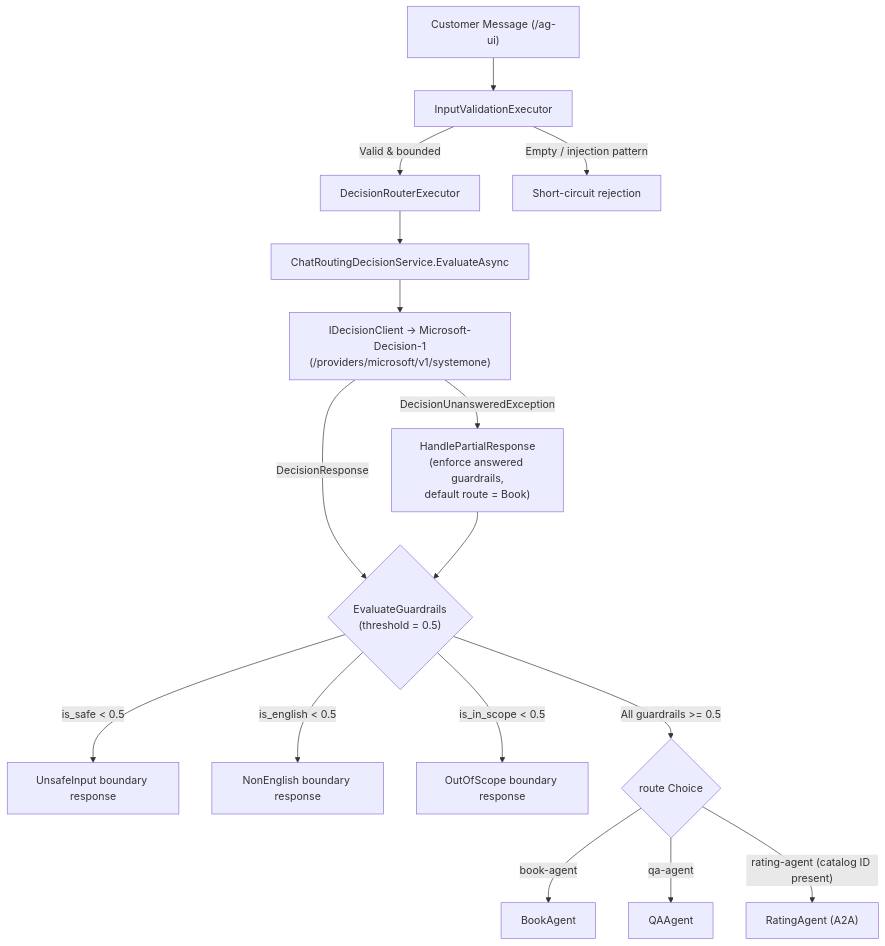
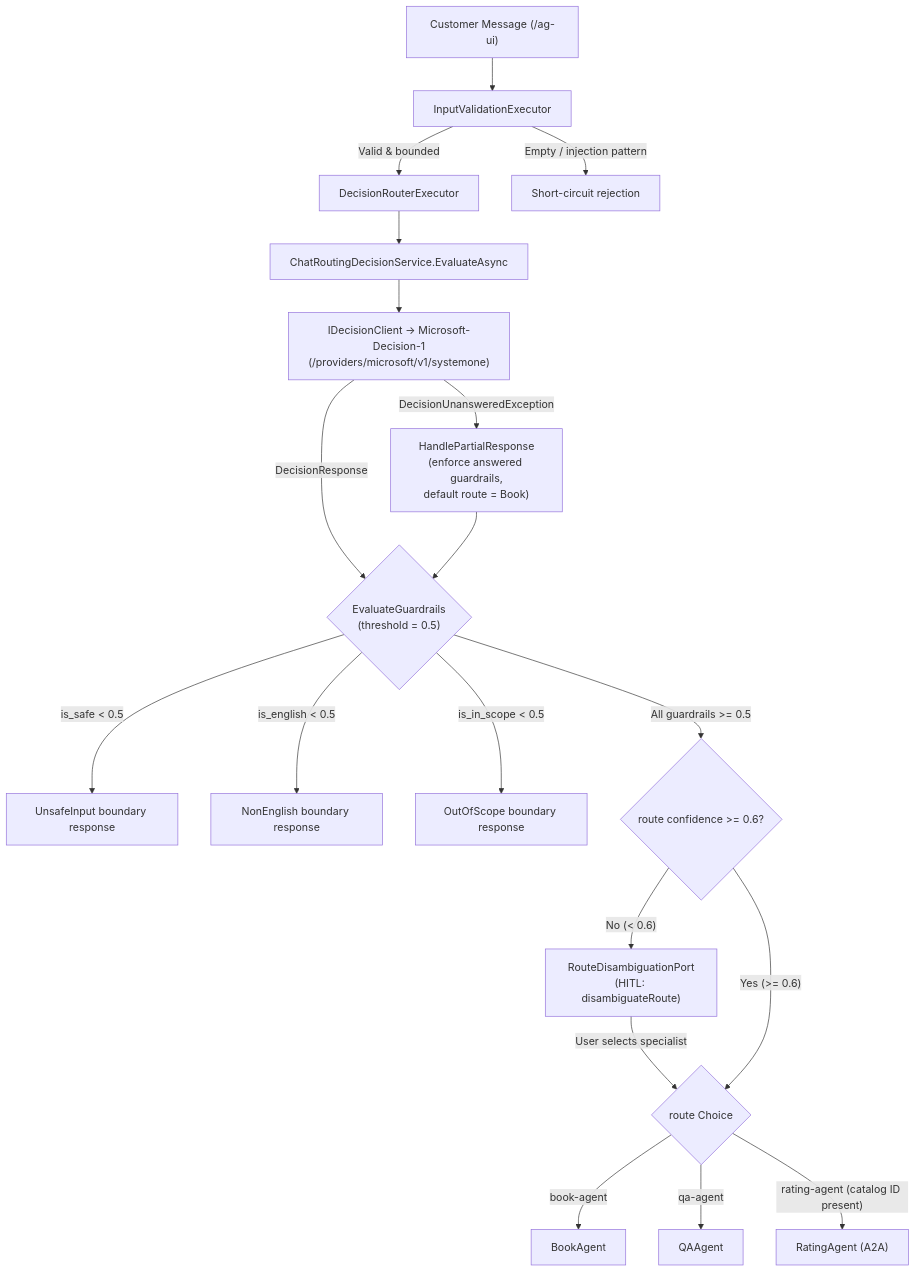
The diagram in docs/docs/misc/mermaids/decision-routing-and-safety-flow.mmd (foxminchan/BookWorm), drawn with Mermaid before and after one commit. The commit also changed 38 other files, not shown here.

Commit message:
feat(chat): implement route disambiguation and workflow integration (#1844)

```diff
--- a/docs/docs/misc/mermaids/decision-routing-and-safety-flow.mmd
+++ b/docs/docs/misc/mermaids/decision-routing-and-safety-flow.mmd
@@ -1,16 +1,19 @@
 flowchart TD
 	A["Customer Message (/ag-ui)"] --> B["InputValidationExecutor"]
 	B -->|"Valid & bounded"| C["DecisionRouterExecutor"]
 	B -->|"Empty / injection pattern"| R1["Short-circuit rejection"]
 	C --> D["ChatRoutingDecisionService.EvaluateAsync"]
 	D --> E["IDecisionClient -> Microsoft-Decision-1<br/>(/providers/microsoft/v1/systemone)"]
 	E -->|"DecisionResponse"| F{"EvaluateGuardrails<br/>(threshold = 0.5)"}
 	E -->|"DecisionUnansweredException"| G["HandlePartialResponse<br/>(enforce answered guardrails,<br/>default route = Book)"]
 	G --> F
 	F -->|"is_safe < 0.5"| R2["UnsafeInput boundary response"]
 	F -->|"is_english < 0.5"| R3["NonEnglish boundary response"]
 	F -->|"is_in_scope < 0.5"| R4["OutOfScope boundary response"]
-	F -->|"All guardrails >= 0.5"| H{"route Choice"}
-	H -->|"book-agent"| I["BookAgent"]
-	H -->|"qa-agent"| J["QAAgent"]
-	H -->|"rating-agent (catalog ID present)"| K["RatingAgent (A2A)"]
+	F -->|"All guardrails >= 0.5"| H{"route confidence >= 0.6?"}
+	H --> |"No (< 0.6)"| P["RouteDisambiguationPort<br/>(HITL: disambiguateRoute)"]
+	P -->|"User selects specialist"| R{"route Choice"}
+	H -->|"Yes (>= 0.6)"| R
+	R -->|"book-agent"| I["BookAgent"]
+	R -->|"qa-agent"| J["QAAgent"]
+	R -->|"rating-agent (catalog ID present)"| K["RatingAgent (A2A)"]
```
